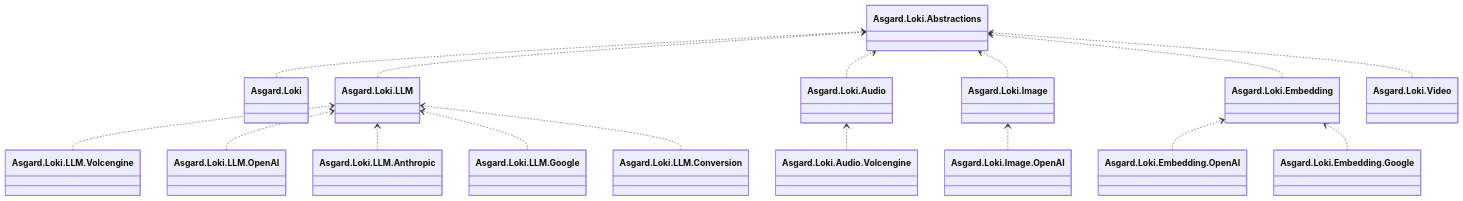
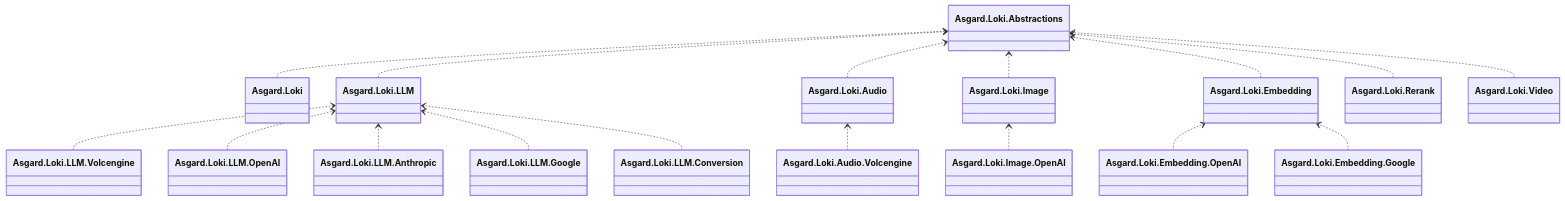
Before and after one commit to BenLampson/Asgard.Loki: the first of 17 diagrams in docs/architecture.md, drawn with Mermaid. The commit also changed other lines of this file and 25 other files, not shown here.

````diff
--- a/docs/architecture.md
+++ b/docs/architecture.md
@@ -9,35 +9,37 @@
 ```mermaid
 classDiagram
 direction BT
 class Abstractions["Asgard.Loki.Abstractions"]
 class Client["Asgard.Loki"]
 class LLM["Asgard.Loki.LLM"]
 class Audio["Asgard.Loki.Audio"]
 class Image["Asgard.Loki.Image"]
 class Embedding["Asgard.Loki.Embedding"]
+class Rerank["Asgard.Loki.Rerank"]
 class OpenAIEmbedding["Asgard.Loki.Embedding.OpenAI"]
 class GoogleEmbedding["Asgard.Loki.Embedding.Google"]
 class Video["Asgard.Loki.Video"]
 class Ark["Asgard.Loki.LLM.Volcengine"]
 class OpenAILLM["Asgard.Loki.LLM.OpenAI"]
 class AnthropicLLM["Asgard.Loki.LLM.Anthropic"]
 class GoogleLLM["Asgard.Loki.LLM.Google"]
 class Conversion["Asgard.Loki.LLM.Conversion"]
 class Speech["Asgard.Loki.Audio.Volcengine"]
 class OpenAIImage["Asgard.Loki.Image.OpenAI"]
 Client ..> Abstractions
 LLM ..> Abstractions
 Audio ..> Abstractions
 Image ..> Abstractions
 Embedding ..> Abstractions
+Rerank ..> Abstractions
 OpenAIEmbedding ..> Embedding
 GoogleEmbedding ..> Embedding
 Video ..> Abstractions
 Ark ..> LLM
 OpenAILLM ..> LLM
 AnthropicLLM ..> LLM
 GoogleLLM ..> LLM
 Conversion ..> LLM
 Speech ..> Audio
 OpenAIImage ..> Image
 ```
````
